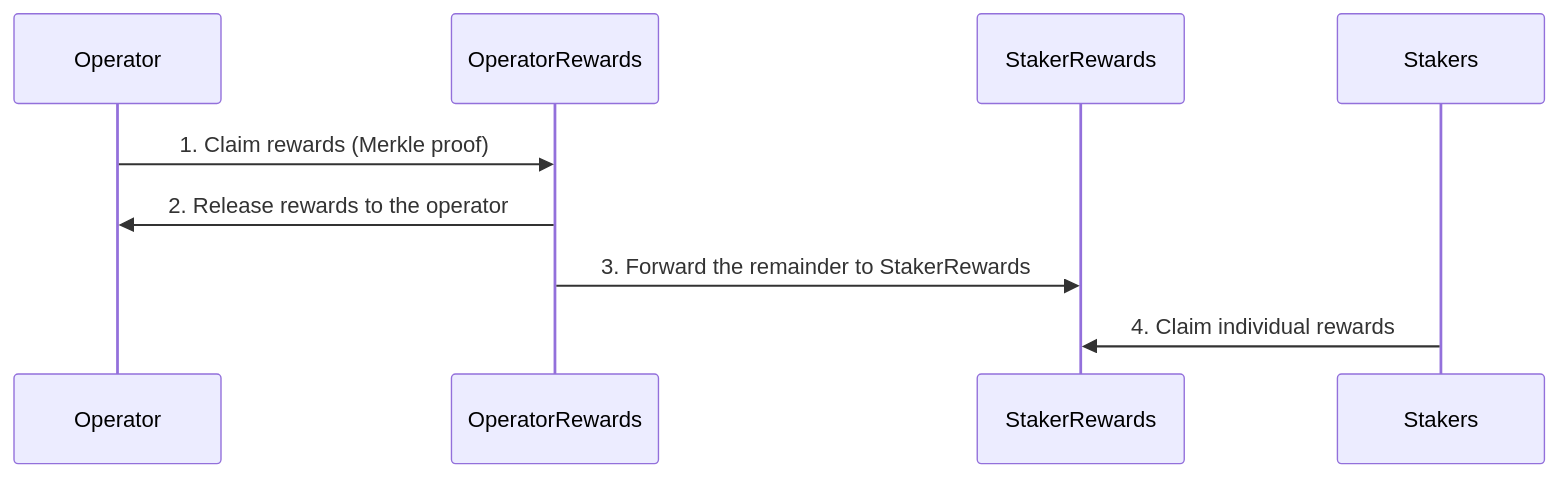
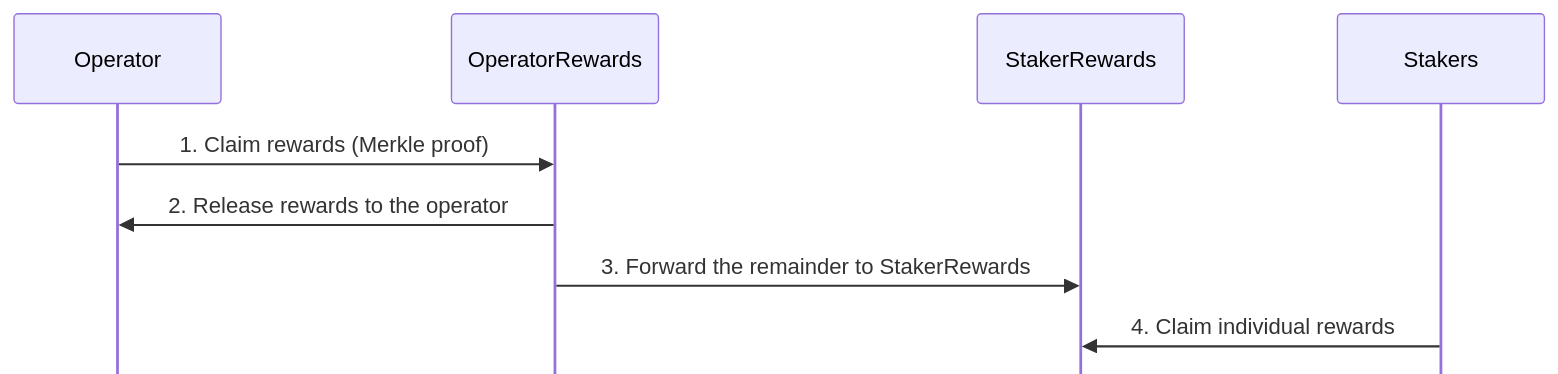
One commit to moondance-labs/tanssi-docs changed the fourth of 5 diagrams in learn/tanssi/external-security-providers/symbiotic.md. Above: the diagram before and after it, drawn with Mermaid. The commit also changed other lines of this file, not shown here.

````diff
--- a/learn/tanssi/external-security-providers/symbiotic.md
+++ b/learn/tanssi/external-security-providers/symbiotic.md
@@ -157,12 +158,13 @@
 ```mermaid
+%%{init: {'sequence': {'mirrorActors': false}}}%%
 sequenceDiagram
  participant Operator
  participant OperatorRewards
  participant StakerRewards
  participant Stakers
 
  Operator->>OperatorRewards: 1. Claim rewards (Merkle proof)
  OperatorRewards->>Operator: 2. Release rewards to the operator
  OperatorRewards->>StakerRewards: 3. Forward the remainder to StakerRewards
  Stakers->>StakerRewards: 4. Claim individual rewards
 ```
````
